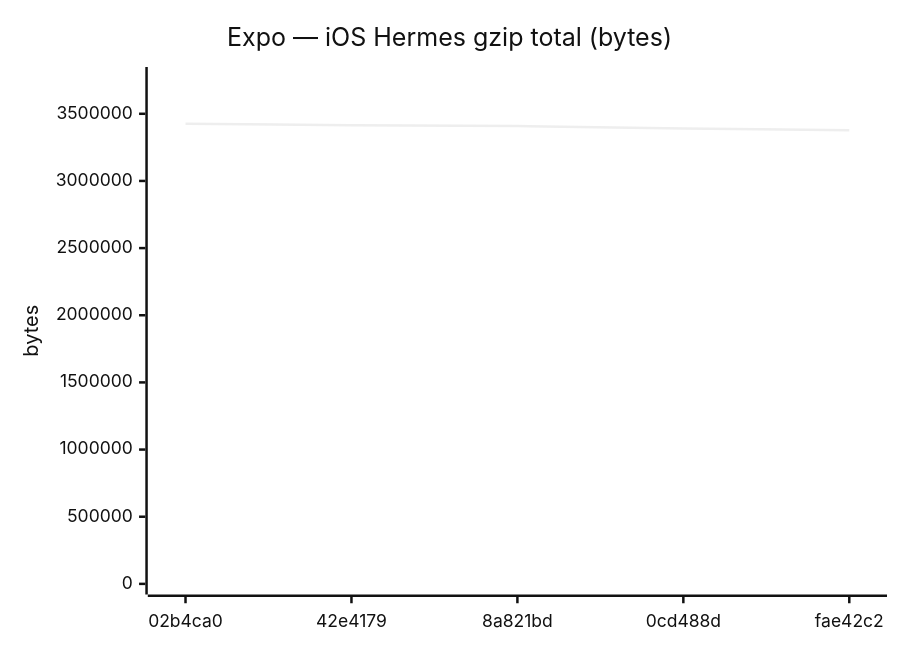
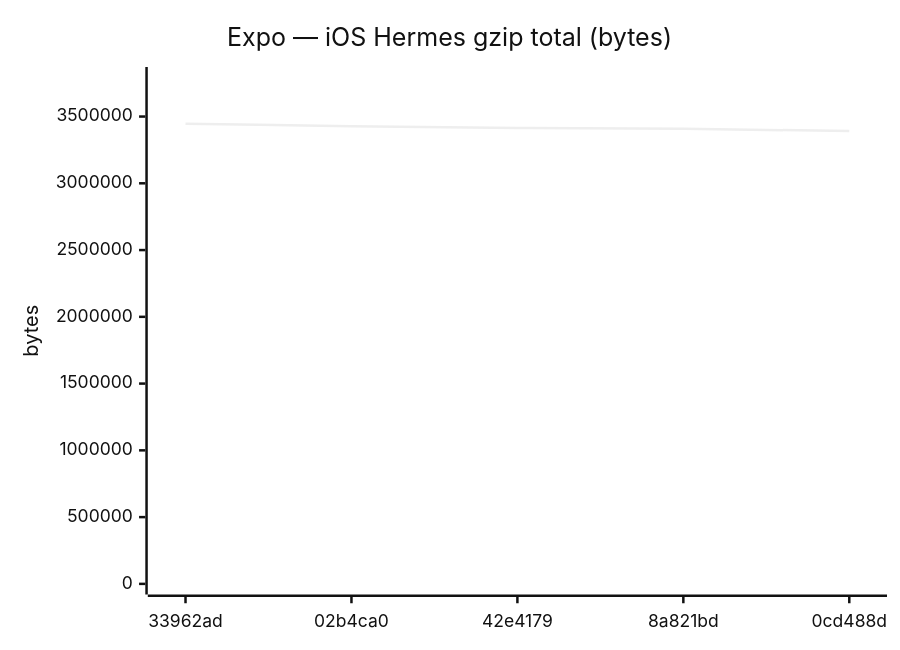
One commit to Metaheurist/Rianell changed diagram 12 of 18 in benchmarks/compare.md. Above: the diagram before and after it, drawn with Mermaid (neutral theme). The commit also changed other lines of this file and 11 other files, not shown here.

````diff
--- a/benchmarks/compare.md
+++ b/benchmarks/compare.md
@@ -179,7 +179,7 @@
 ```mermaid
 xychart-beta
     title "Expo — iOS Hermes gzip total (bytes)"
-    x-axis ["02b4ca0", "42e4179", "8a821bd", "0cd488d", "fae42c2"]
-    y-axis "bytes" 0 --> 3769219
-    line [3426562, 3414256, 3409221, 3391123, 3378280]
+    x-axis ["33962ad", "02b4ca0", "42e4179", "8a821bd", "0cd488d"]
+    y-axis "bytes" 0 --> 3791476
+    line [3446796, 3426562, 3414256, 3409221, 3391123]
 ```
````
